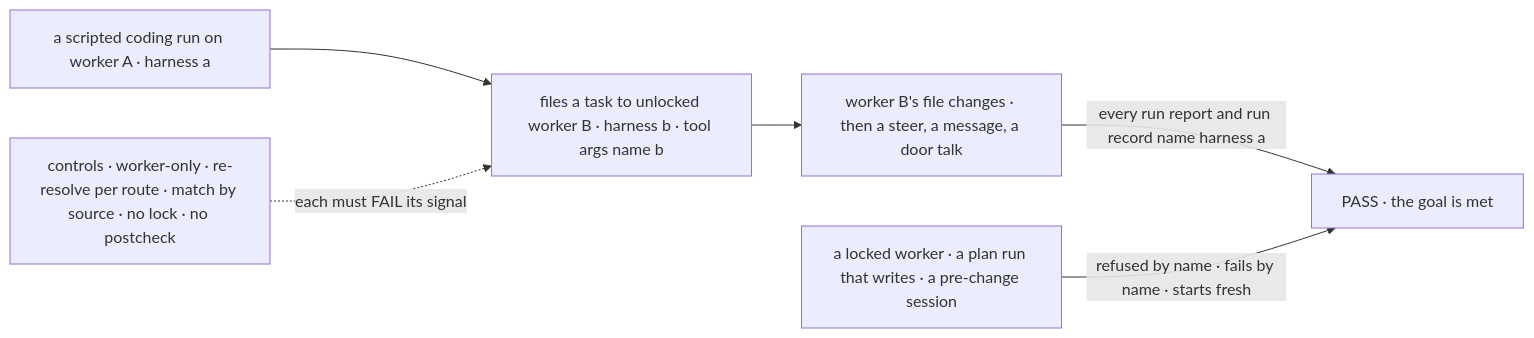
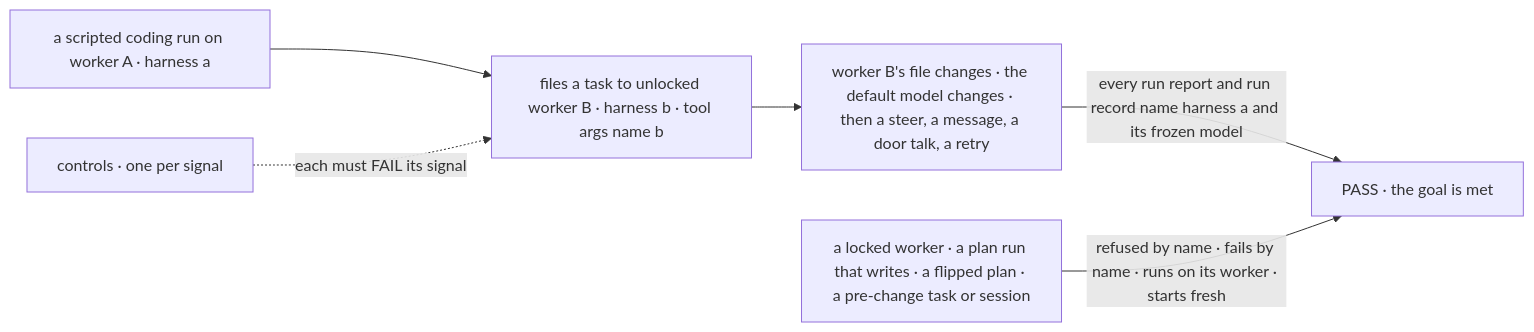
One commit to fixpoint-labs/flow-state-dev changed the first of 2 diagrams in specs/issues/FIX-2878/SPEC.md. Above: the diagram before and after it, drawn with Mermaid. The commit also changed other lines of this file and 5 other files, not shown here.

First line of the commit message:
spec(FIX-2878): honour only filler-marked run settings; align to the plan amendment

````diff
--- a/specs/issues/FIX-2878/SPEC.md
+++ b/specs/issues/FIX-2878/SPEC.md
@@ -32,8 +37,8 @@
 ```mermaid
 flowchart LR
   R["a scripted coding run on worker A · harness a"] --> F["files a task to unlocked worker B · harness b · tool args name b"]
-  F --> X["worker B's file changes · then a steer, a message, a door talk"]
-  X -->|"every run report and run record name harness a"| P["PASS · the goal is met"]
-  L["a locked worker · a plan run that writes · a pre-change session"] -->|"refused by name · fails by name · starts fresh"| P
-  C["controls · worker-only · re-resolve per route · match by source · no lock · no postcheck"] -.->|"each must FAIL its signal"| F
+  F --> X["worker B's file changes · the default model changes · then a steer, a message, a door talk, a retry"]
+  X -->|"every run report and run record name harness a and its frozen model"| P["PASS · the goal is met"]
+  L["a locked worker · a plan run that writes · a flipped plan · a pre-change task or session"] -->|"refused by name · fails by name · runs on its worker · starts fresh"| P
+  C["controls · one per signal"] -.->|"each must FAIL its signal"| F
 ```
````
